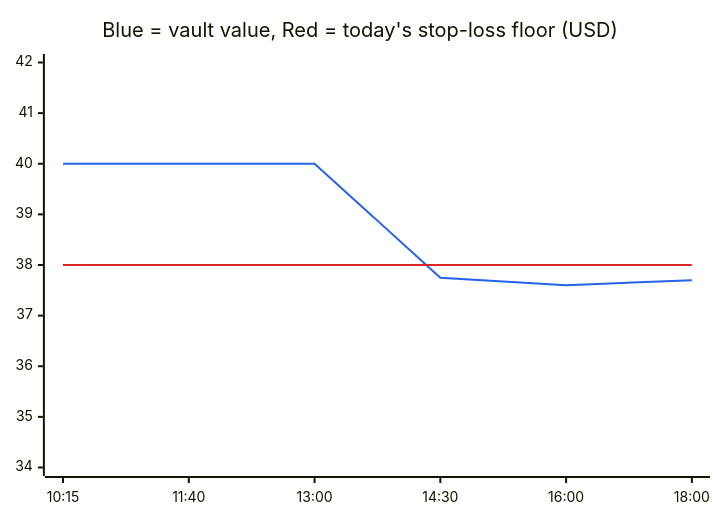
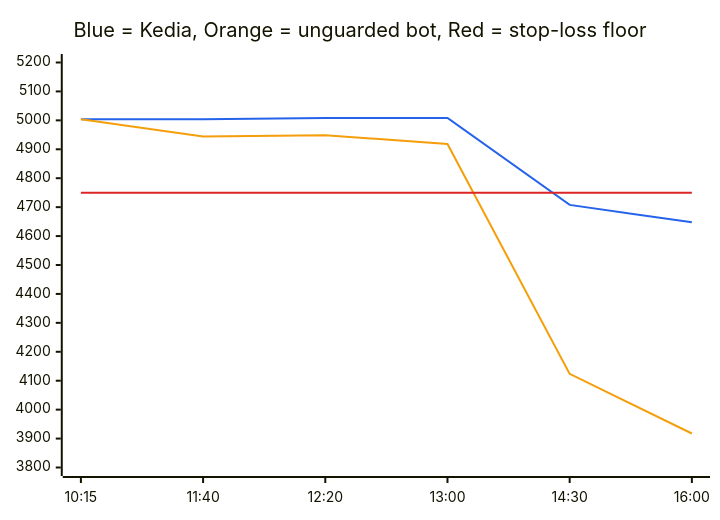
The first of 4 diagrams in README.md (AAYUSH-GUPTA-coder/Kedia), drawn with Mermaid before and after one commit. The commit also changed other lines of this file, not shown here.

First line of the commit message:
Rewrite the README intro and example around a $5,000 vault

````diff
--- a/README.md
+++ b/README.md
@@ -43,9 +66,10 @@
 ```mermaid
-%%{init: {"themeVariables": {"xyChart": {"plotColorPalette": "#2563eb, #dc2626"}}}}%%
+%%{init: {"themeVariables": {"xyChart": {"plotColorPalette": "#2563eb, #f59e0b, #dc2626"}}}}%%
 xychart-beta
-    title "Blue = vault value, Red = today's stop-loss floor (USD)"
-    x-axis ["10:15", "11:40", "13:00", "14:30", "16:00", "18:00"]
-    y-axis 34 --> 42
-    line [40.0, 40.0, 40.0, 37.75, 37.6, 37.7]
-    line [38, 38, 38, 38, 38, 38]
+    title "Blue = Kedia, Orange = unguarded bot, Red = stop-loss floor"
+    x-axis ["10:15", "11:40", "12:20", "13:00", "14:30", "16:00"]
+    y-axis 3800 --> 5200
+    line [5004, 5004, 5008.5, 5008.5, 4707.7, 4647.54]
+    line [5004, 4944, 4948.5, 4918.5, 4123.7, 3917.52]
+    line [4750, 4750, 4750, 4750, 4750, 4750]
 ```
````
